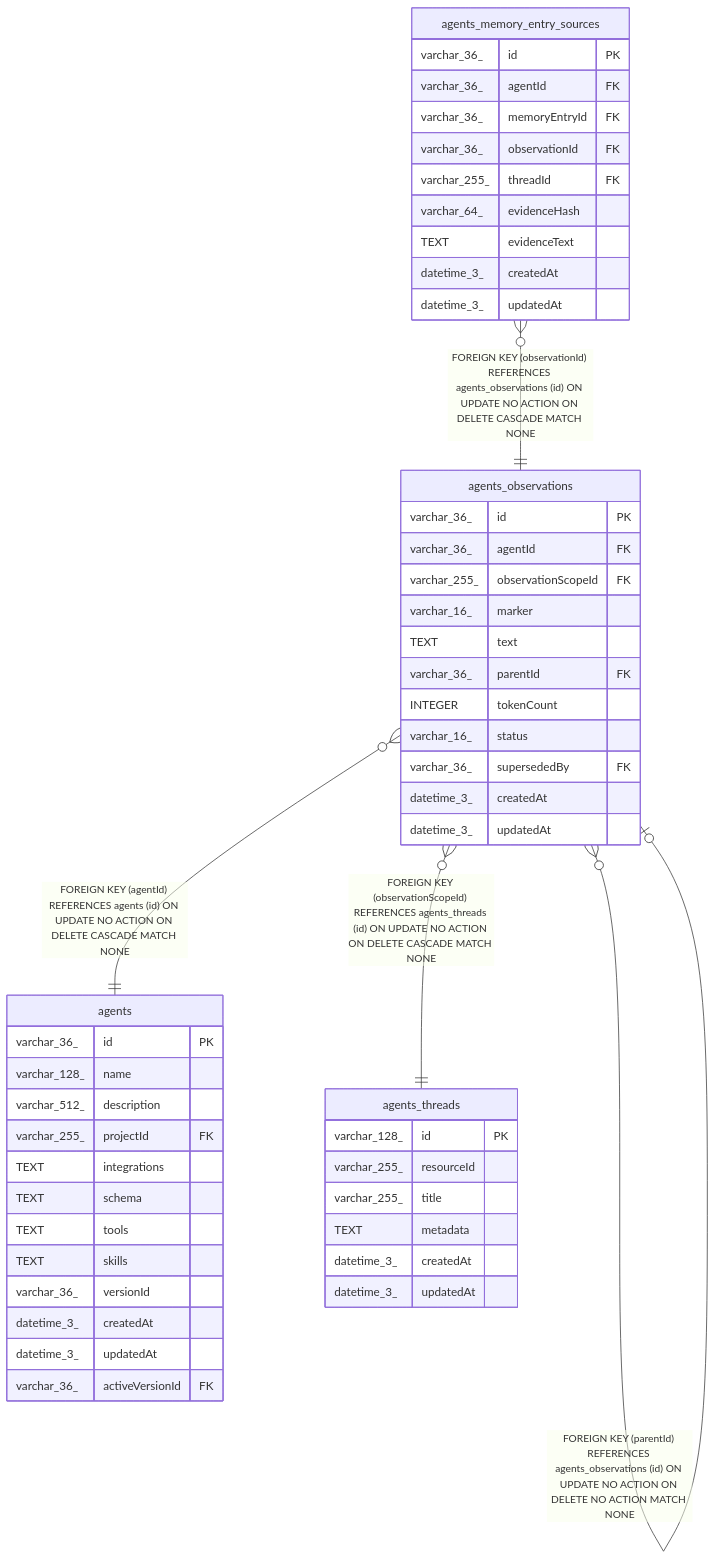
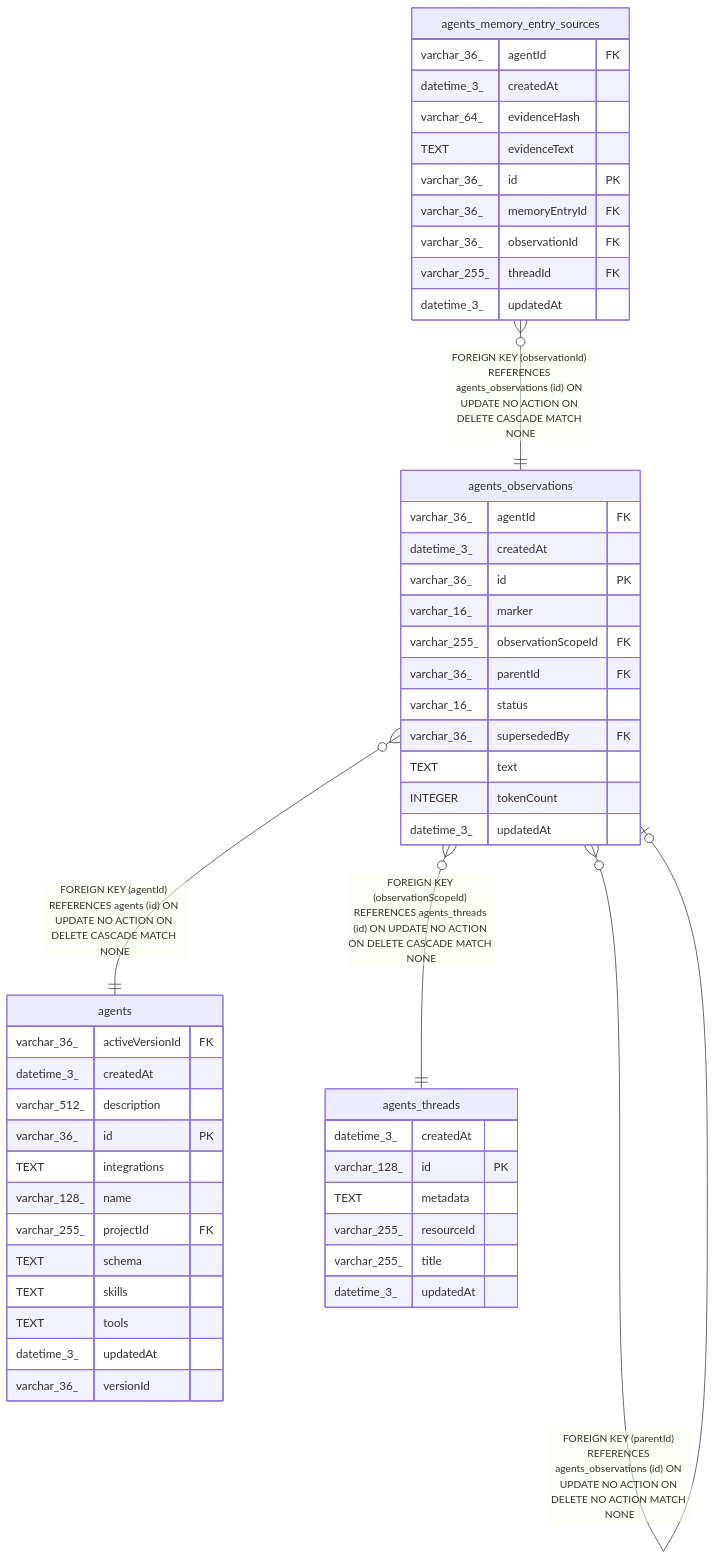
Before and after one commit to mayankjain1815-commits/n8n: the diagram in docs/generated/sqlite-schema/agents_observations.md, drawn with Mermaid. The commit also changed other lines of this file and 221 other files, not shown here.

Commit message:
chore(core): Make DB schema docs generation deterministic (#32373)

````diff
--- a/docs/generated/sqlite-schema/agents_observations.md
+++ b/docs/generated/sqlite-schema/agents_observations.md
@@ -55,56 +55,56 @@
 ```mermaid
 erDiagram
 
+"agents_observations" }o--|| "agents" : "FOREIGN KEY (agentId) REFERENCES agents (id) ON UPDATE NO ACTION ON DELETE CASCADE MATCH NONE"
+"agents_memory_entry_sources" }o--|| "agents_observations" : "FOREIGN KEY (observationId) REFERENCES agents_observations (id) ON UPDATE NO ACTION ON DELETE CASCADE MATCH NONE"
 "agents_observations" }o--o| "agents_observations" : "FOREIGN KEY (supersededBy) REFERENCES agents_observations (id) ON UPDATE NO ACTION ON DELETE NO ACTION MATCH NONE"
 "agents_observations" }o--o| "agents_observations" : "FOREIGN KEY (parentId) REFERENCES agents_observations (id) ON UPDATE NO ACTION ON DELETE NO ACTION MATCH NONE"
-"agents_memory_entry_sources" }o--|| "agents_observations" : "FOREIGN KEY (observationId) REFERENCES agents_observations (id) ON UPDATE NO ACTION ON DELETE CASCADE MATCH NONE"
-"agents_observations" }o--|| "agents" : "FOREIGN KEY (agentId) REFERENCES agents (id) ON UPDATE NO ACTION ON DELETE CASCADE MATCH NONE"
 "agents_observations" }o--|| "agents_threads" : "FOREIGN KEY (observationScopeId) REFERENCES agents_threads (id) ON UPDATE NO ACTION ON DELETE CASCADE MATCH NONE"
 
 "agents_observations" {
+  varchar_36_ agentId FK
+  datetime_3_ createdAt
   varchar_36_ id PK
-  varchar_36_ agentId FK
+  varchar_16_ marker
   varchar_255_ observationScopeId FK
-  varchar_16_ marker
-  TEXT text
   varchar_36_ parentId FK
-  INTEGER tokenCount
   varchar_16_ status
   varchar_36_ supersededBy FK
-  datetime_3_ createdAt
+  TEXT text
+  INTEGER tokenCount
   datetime_3_ updatedAt
 }
+"agents" {
+  varchar_36_ activeVersionId FK
+  datetime_3_ createdAt
+  varchar_512_ description
+  varchar_36_ id PK
+  TEXT integrations
+  varchar_128_ name
+  varchar_255_ projectId FK
+  TEXT schema
+  TEXT skills
+  TEXT tools
+  datetime_3_ updatedAt
+  varchar_36_ versionId
+}
 "agents_memory_entry_sources" {
+  varchar_36_ agentId FK
+  datetime_3_ createdAt
+  varchar_64_ evidenceHash
+  TEXT evidenceText
   varchar_36_ id PK
-  varchar_36_ agentId FK
   varchar_36_ memoryEntryId FK
   varchar_36_ observationId FK
   varchar_255_ threadId FK
-  varchar_64_ evidenceHash
-  TEXT evidenceText
-  datetime_3_ createdAt
   datetime_3_ updatedAt
 }
-"agents" {
-  varchar_36_ id PK
-  varchar_128_ name
-  varchar_512_ description
-  varchar_255_ projectId FK
-  TEXT integrations
-  TEXT schema
-  TEXT tools
-  TEXT skills
-  varchar_36_ versionId
+"agents_threads" {
   datetime_3_ createdAt
-  datetime_3_ updatedAt
-  varchar_36_ activeVersionId FK
-}
-"agents_threads" {
   varchar_128_ id PK
+  TEXT metadata
   varchar_255_ resourceId
   varchar_255_ title
-  TEXT metadata
-  datetime_3_ createdAt
   datetime_3_ updatedAt
 }
 ```
````
